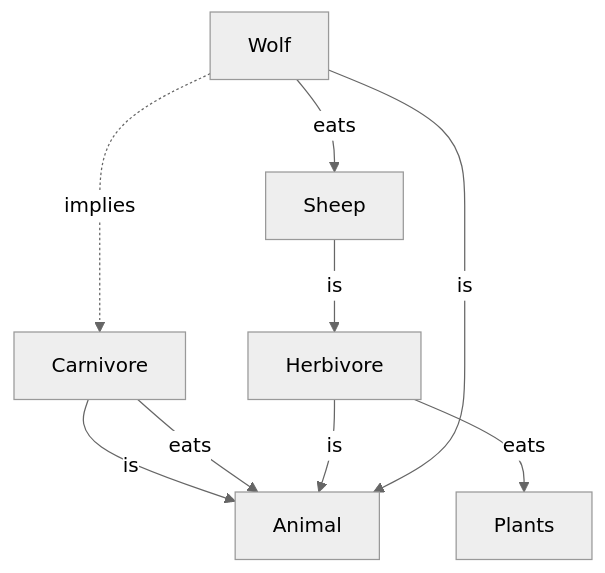
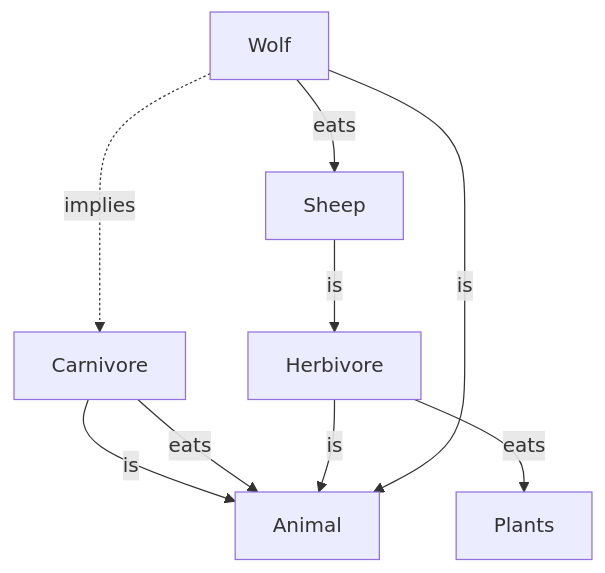
The first of 3 diagrams in docs/tech-documentation/ontology/general-principles.md (axone-protocol/docs), drawn with Mermaid before and after one commit.

Commit message:
fix: fix mermaid code block

`````diff
--- a/docs/tech-documentation/ontology/general-principles.md
+++ b/docs/tech-documentation/ontology/general-principles.md
@@ -25,12 +25,11 @@
 ```mermaid
-%%{init: {'theme':'neutral'}}%%
 flowchart TD
     A[Carnivore] -->|is| B[Animal]
     A -->|eats| B
     C[Herbivore] -->|is| B[Animal]
     C -->|eats| D[Plants]
     E[Sheep]-->|is| C
     F[Wolf]-->|eats| E
     F[Wolf]-->|is| B
     F[Wolf]-.->|implies| A
-````
+```
`````
